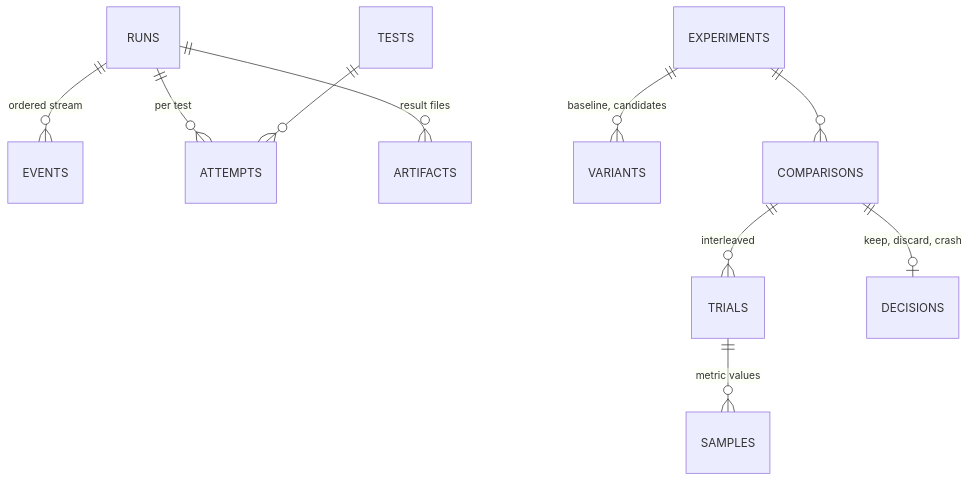
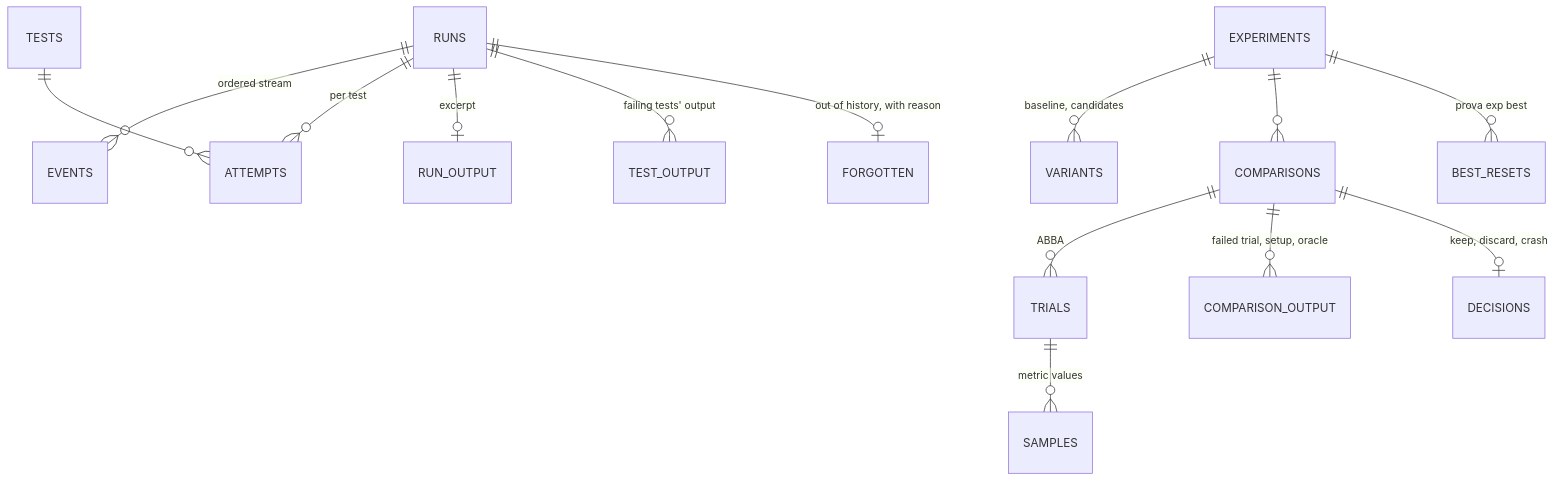
The sixth of 6 diagrams in docs/architecture.md (fals/prova), drawn with Mermaid before and after one commit. The commit also changed other lines of this file and 12 other files, not shown here.

````diff
--- a/docs/architecture.md
+++ b/docs/architecture.md
@@ -258,12 +333,16 @@
 ```mermaid
 erDiagram
     RUNS ||--o{ EVENTS : "ordered stream"
     RUNS ||--o{ ATTEMPTS : "per test"
     TESTS ||--o{ ATTEMPTS : ""
-    RUNS ||--o{ ARTIFACTS : "result files"
+    RUNS ||--o| RUN_OUTPUT : "excerpt"
+    RUNS ||--o{ TEST_OUTPUT : "failing tests' output"
+    RUNS ||--o| FORGOTTEN : "out of history, with reason"
     EXPERIMENTS ||--o{ VARIANTS : "baseline, candidates"
     EXPERIMENTS ||--o{ COMPARISONS : ""
-    COMPARISONS ||--o{ TRIALS : "interleaved"
+    EXPERIMENTS ||--o{ BEST_RESETS : "prova exp best"
+    COMPARISONS ||--o{ TRIALS : "ABBA"
+    COMPARISONS ||--o{ COMPARISON_OUTPUT : "failed trial, setup, oracle"
     TRIALS ||--o{ SAMPLES : "metric values"
     COMPARISONS ||--o| DECISIONS : "keep, discard, crash"
 ```
````
